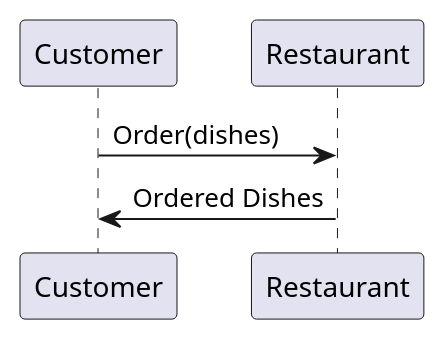
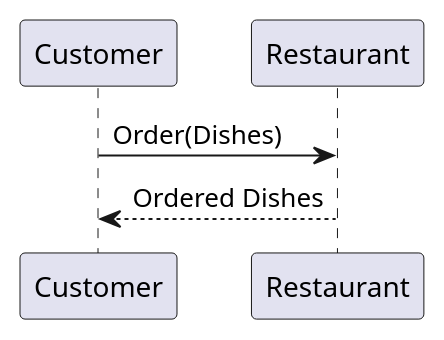
One commit to makersacademy/takeaway-challenge changed the second of 2 diagrams in docs/UserStories.md. Above: the diagram before and after it, drawn with PlantUML. The commit also changed other lines of this file and 2 other files, not shown here.

````diff
--- a/docs/UserStories.md
+++ b/docs/UserStories.md
@@ -20,4 +20,4 @@
 ```puml
-Customer->Restaurant: Order(dishes)
-Restaurant->Customer: Ordered Dishes
+Customer->Restaurant: Order(Dishes)
+Restaurant-->Customer: Ordered Dishes
 ```
````
